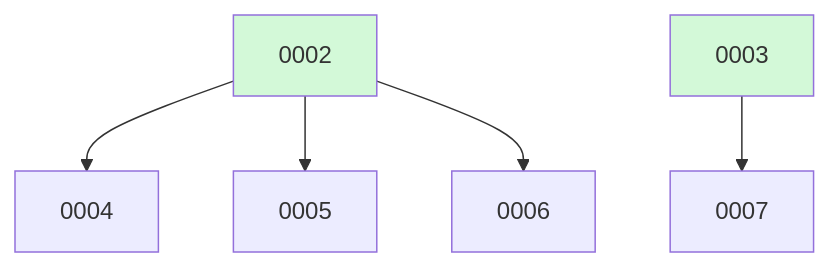
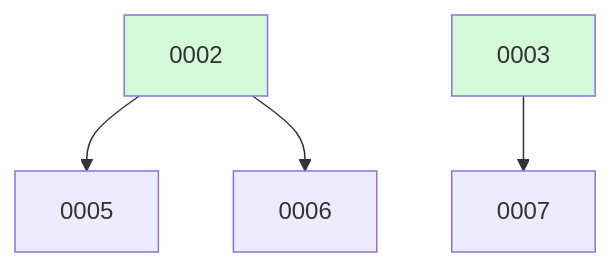
The diagram in docs/changes/BOARD.md (ethanhinson/fuse), drawn with Mermaid before and after one commit. The commit also changed other lines of this file, not shown here.

````diff
--- a/docs/changes/BOARD.md
+++ b/docs/changes/BOARD.md
@@ -19,10 +18,9 @@
 ```mermaid
 graph TD
-  0002 --> 0004
   0002 --> 0005
   0002 --> 0006
   0003 --> 0007
   0002:::done
   0003:::done
   classDef done fill:#d3f9d8;
 ```
````
